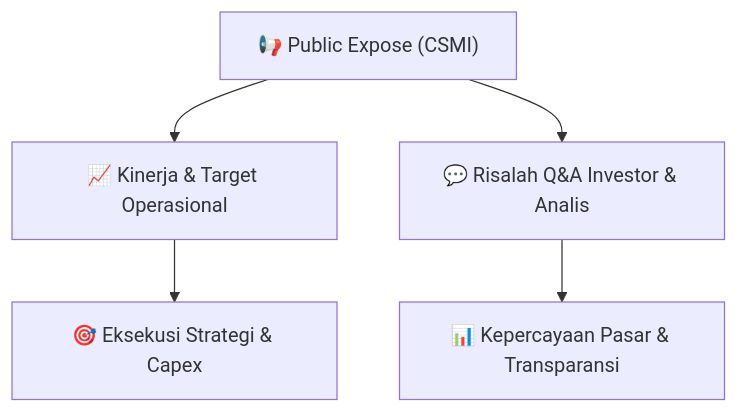
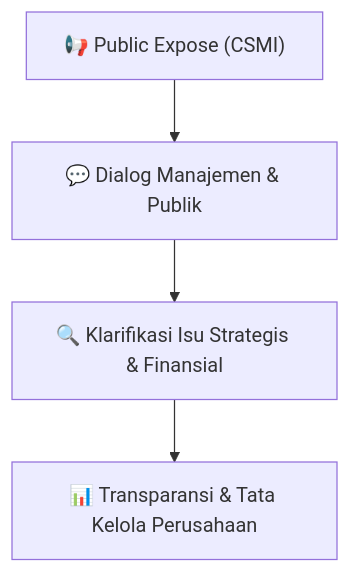
Before and after one commit to anYoneo/alphadigest-idx: the diagram in Finplan_analyst/knowledge-base/public-exposes/hasil-pubex/CSMI_Public_Expose_20260831.md, drawn with Mermaid. The commit also changed other lines of this file and 526 other files, not shown here.

````diff
--- a/Finplan_analyst/knowledge-base/public-exposes/hasil-pubex/CSMI_Public_Expose_20260831.md
+++ b/Finplan_analyst/knowledge-base/public-exposes/hasil-pubex/CSMI_Public_Expose_20260831.md
@@ -15,7 +199,6 @@
 ```mermaid
 flowchart TD
-    A["📢 Public Expose (CSMI)"] --> B["📈 Kinerja & Target Operasional"]
-    A --> C["💬 Risalah Q&A Investor & Analis"]
-    B --> D["🎯 Eksekusi Strategi & Capex"]
-    C --> E["📊 Kepercayaan Pasar & Transparansi"]
+    A["📢 Public Expose (CSMI)"] --> B["💬 Dialog Manajemen & Publik"]
+    B --> C["🔍 Klarifikasi Isu Strategis & Finansial"]
+    C --> D["📊 Transparansi & Tata Kelola Perusahaan"]
 ```
````
